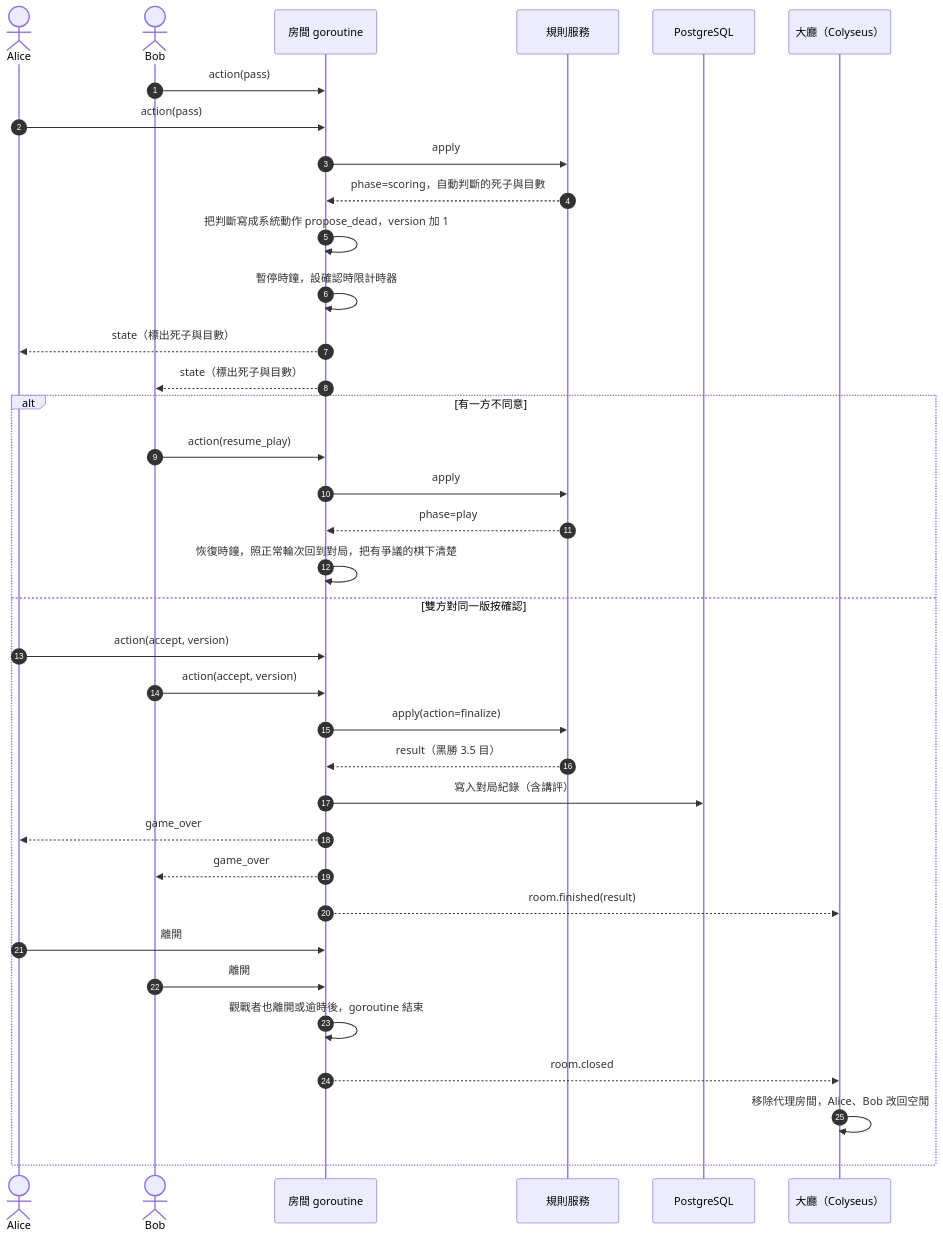
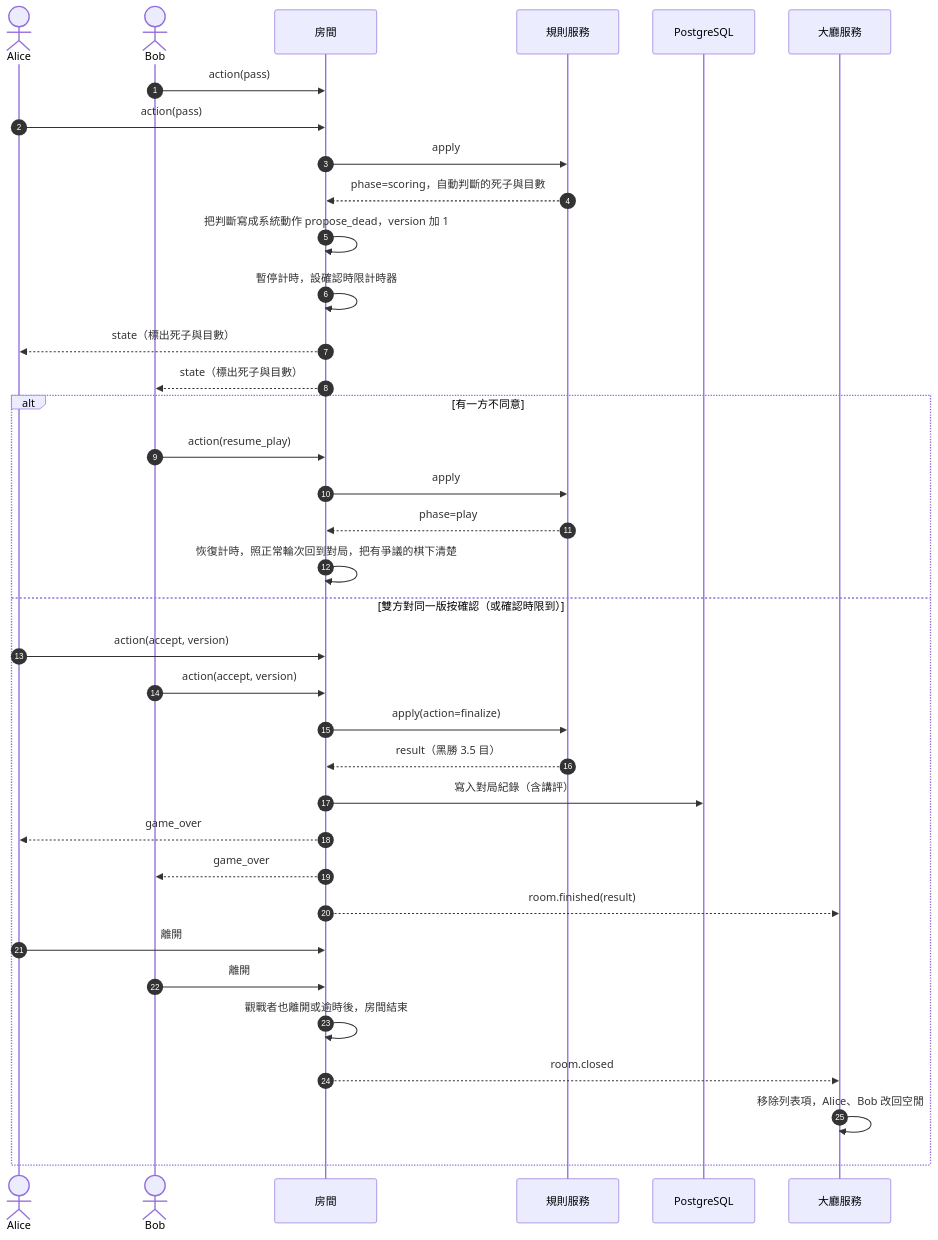
The fifth of 5 diagrams in docs/arch2.md (yshsu0918/yi-arena), drawn with Mermaid before and after one commit. The commit also changed other lines of this file, not shown here.

````diff
--- a/docs/arch2.md
+++ b/docs/arch2.md
@@ -330,39 +378,39 @@
 ```mermaid
 sequenceDiagram
   autonumber
   actor A as Alice
   actor B as Bob
-  participant R as 房間 goroutine
+  participant R as 房間
   participant S as 規則服務
   participant DB as PostgreSQL
-  participant L as 大廳（Colyseus）
+  participant L as 大廳服務
 
   B->>R: action(pass)
   A->>R: action(pass)
   R->>S: apply
   S-->>R: phase=scoring，自動判斷的死子與目數
   R->>R: 把判斷寫成系統動作 propose_dead，version 加 1
-  R->>R: 暫停時鐘，設確認時限計時器
+  R->>R: 暫停計時，設確認時限計時器
   R-->>A: state（標出死子與目數）
   R-->>B: state（標出死子與目數）
   alt 有一方不同意
     B->>R: action(resume_play)
     R->>S: apply
     S-->>R: phase=play
-    R->>R: 恢復時鐘，照正常輪次回到對局，把有爭議的棋下清楚
-  else 雙方對同一版按確認
+    R->>R: 恢復計時，照正常輪次回到對局，把有爭議的棋下清楚
+  else 雙方對同一版按確認（或確認時限到）
     A->>R: action(accept, version)
     B->>R: action(accept, version)
     R->>S: apply(action=finalize)
     S-->>R: result（黑勝 3.5 目）
     R->>DB: 寫入對局紀錄（含講評）
     R-->>A: game_over
     R-->>B: game_over
     R-->>L: room.finished(result)
     A->>R: 離開
     B->>R: 離開
-    R->>R: 觀戰者也離開或逾時後，goroutine 結束
+    R->>R: 觀戰者也離開或逾時後，房間結束
     R-->>L: room.closed
-    L->>L: 移除代理房間，Alice、Bob 改回空閒
+    L->>L: 移除列表項，Alice、Bob 改回空閒
   end
 ```
````
